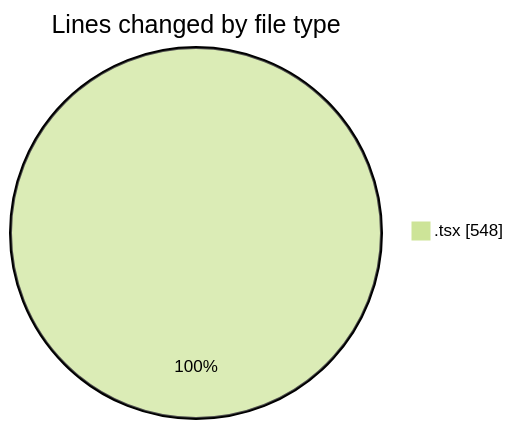
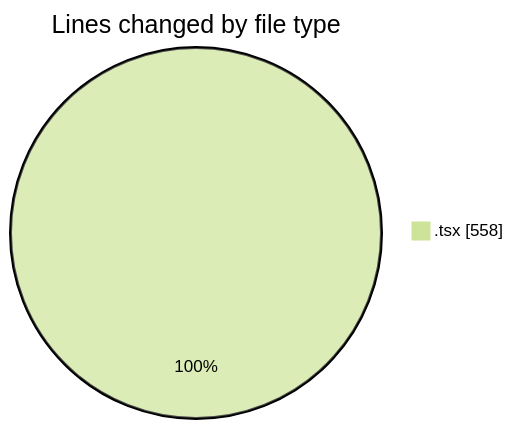
The first of 2 diagrams in 2025-03-20/cda/README.md (momahboobian/code-tracking), drawn with Mermaid (forest theme) before and after one commit. The commit also changed other lines of this file and 1 other file, not shown here.

````diff
--- a/2025-03-20/cda/README.md
+++ b/2025-03-20/cda/README.md
@@ -22,5 +22,5 @@
 ```mermaid
 pie showData
 title Lines changed by file type
-".tsx" : 548
+".tsx" : 558
 ```
````
